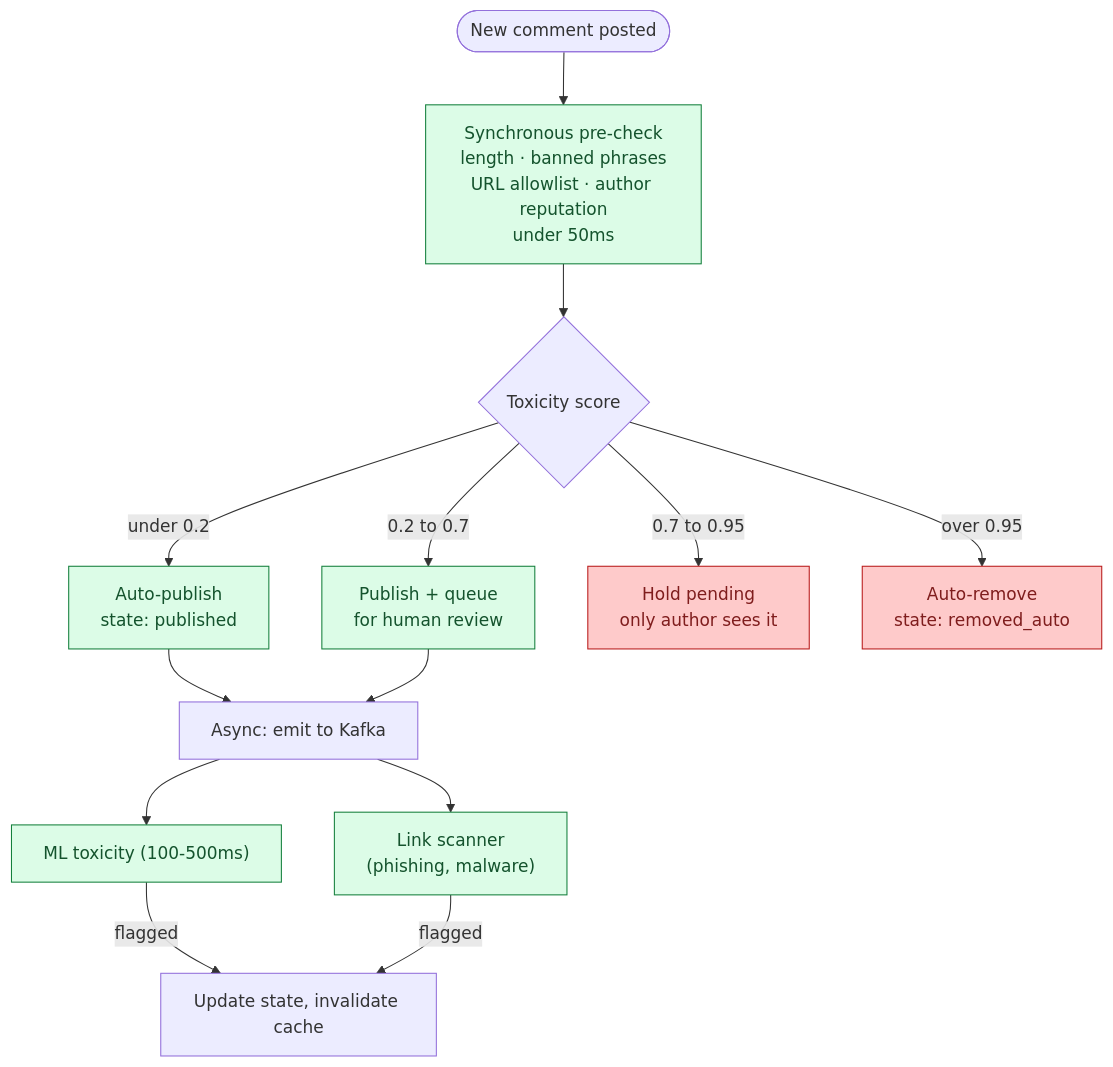
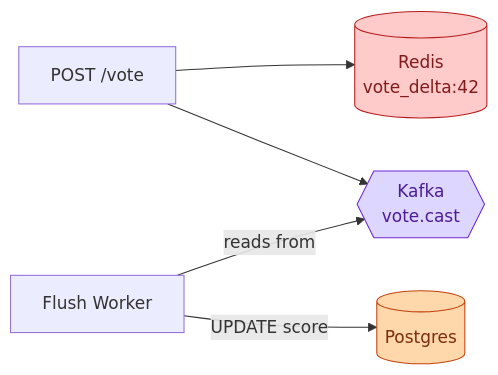
One commit to shiningflash/shiningflash.github.io changed the tenth of 15 diagrams in _practice/system-design/015-comment-system.md. Above: the diagram before and after it, drawn with Mermaid. The commit also changed other lines of this file and 18 other files, not shown here.

````diff
--- a/_practice/system-design/015-comment-system.md
+++ b/_practice/system-design/015-comment-system.md
@@ -529,19 +478,11 @@
 ```mermaid
-flowchart TD
-    Start([New comment posted]) --> Pre["Synchronous pre-check<br/>length · banned phrases<br/>URL allowlist · author reputation<br/>under 50ms"]:::app
-    Pre --> Score{Toxicity score}
-    Score -->|under 0.2| Pub["Auto-publish<br/>state: published"]:::ok
-    Score -->|0.2 to 0.7| PubQ["Publish + queue<br/>for human review"]:::ok
-    Score -->|0.7 to 0.95| Hold["Hold pending<br/>only author sees it"]:::bad
-    Score -->|over 0.95| Reject["Auto-remove<br/>state: removed_auto"]:::bad
-    Pub --> Async["Async: emit to Kafka"]
-    PubQ --> Async
-    Async --> ML["ML toxicity (100-500ms)"]:::app
-    Async --> Link["Link scanner<br/>(phishing, malware)"]:::app
-    ML -->|flagged| Up["Update state, invalidate cache"]
-    Link -->|flagged| Up
+flowchart LR
+    Vote["POST /vote"] --> Redis[("Redis<br/>vote_delta:42")]:::cache
+    Vote --> K{{"Kafka<br/>vote.cast"}}:::queue
+    Worker["Flush Worker"] -->|"reads from"| K
+    Worker -->|"UPDATE score"| DB[("Postgres")]:::db
 
-    classDef app fill:#dcfce7,stroke:#15803d,color:#14532d
-    classDef ok fill:#dcfce7,stroke:#15803d,color:#14532d
-    classDef bad fill:#fecaca,stroke:#b91c1c,color:#7f1d1d
+    classDef cache fill:#fecaca,stroke:#b91c1c,color:#7f1d1d
+    classDef queue fill:#ddd6fe,stroke:#6d28d9,color:#4c1d95
+    classDef db fill:#fed7aa,stroke:#c2410c,color:#7c2d12
 ```
````
